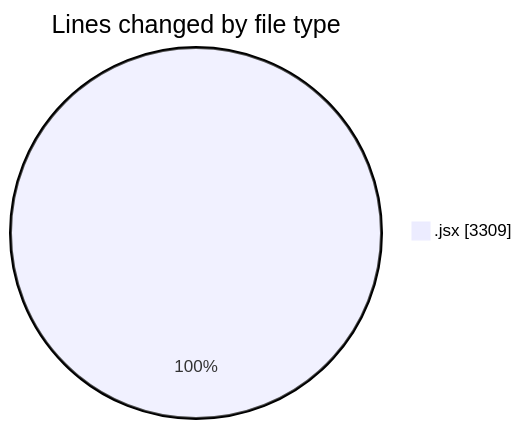
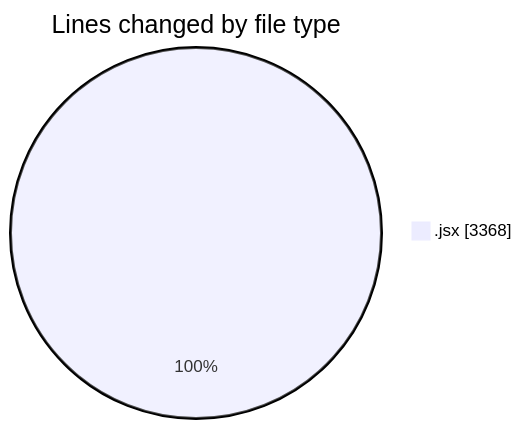
One commit to nxtqubesakshisongat/code-tracking changed the first of 2 diagrams in 2025-07-04/argos/README.md. Above: the diagram before and after it, drawn with Mermaid. The commit also changed other lines of this file and 1 other file, not shown here.

````diff
--- a/2025-07-04/argos/README.md
+++ b/2025-07-04/argos/README.md
@@ -22,5 +22,5 @@
 ```mermaid
 pie showData
 title Lines changed by file type
-".jsx" : 3309
+".jsx" : 3368
 ```
````
